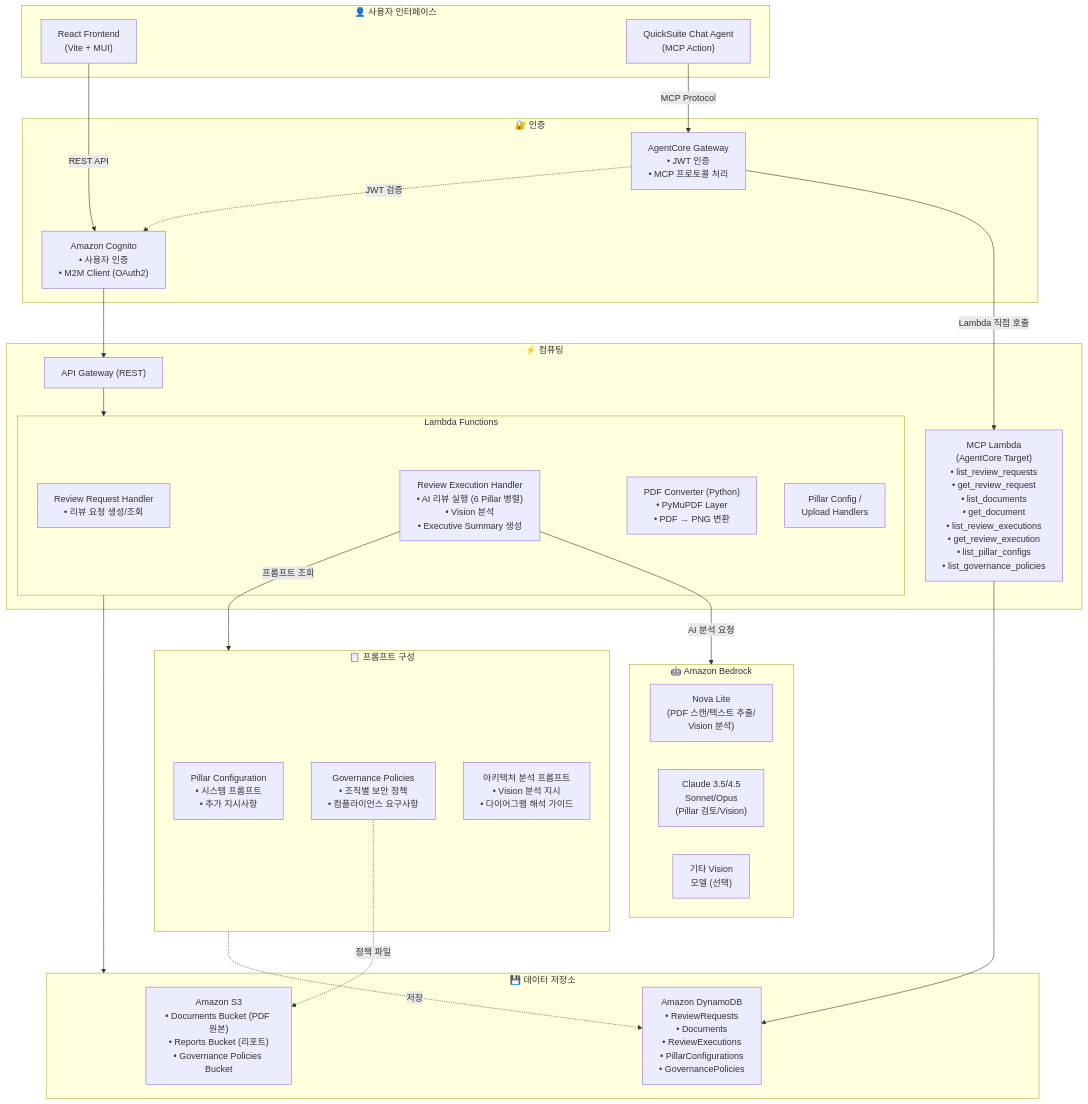
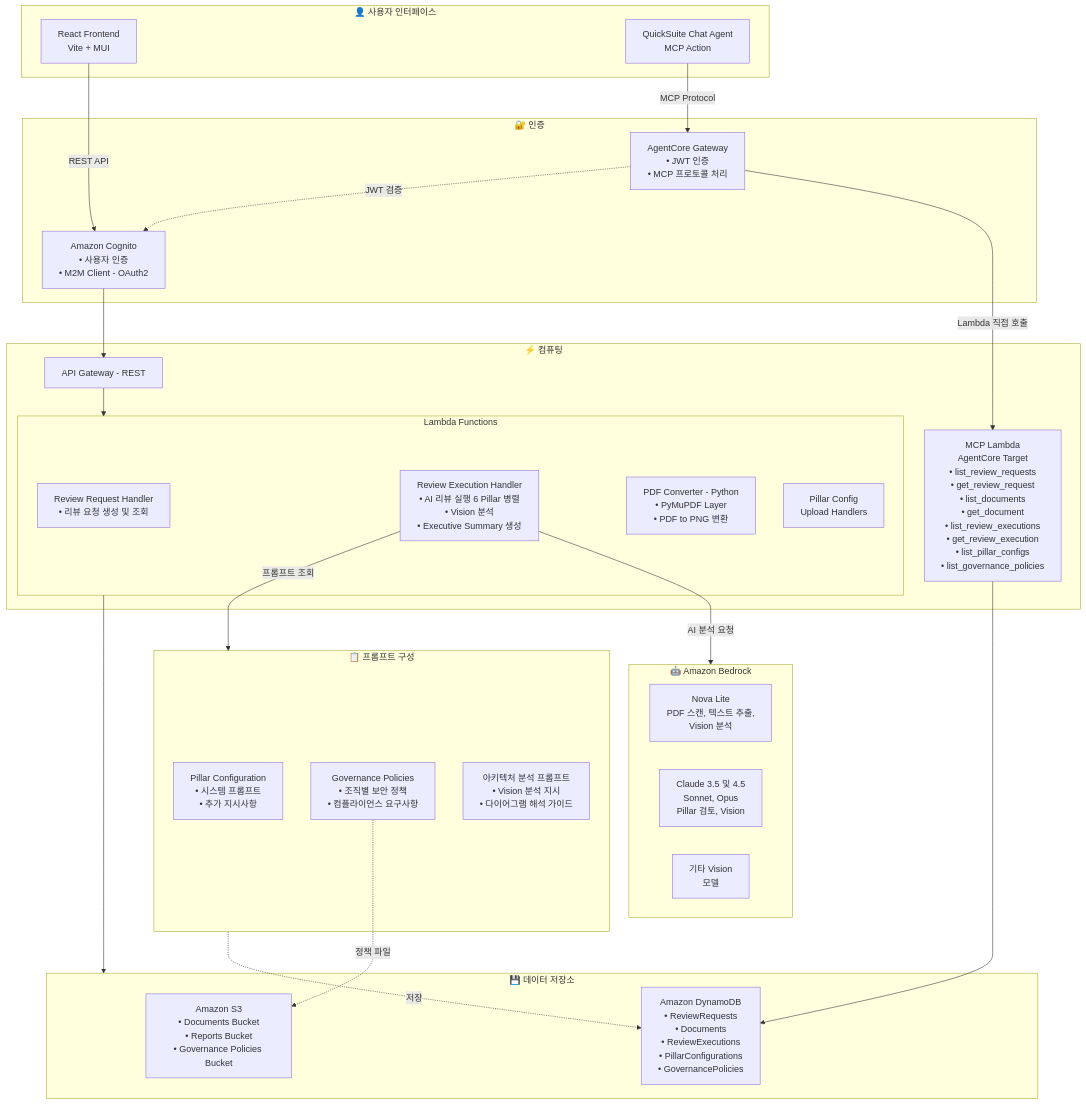
Before and after one commit to ironpe/well-architected-review-using-bedrock-with-quicksuite-chat-embeding: the diagram in README.md, drawn with Mermaid. The commit also changed 1 other file, not shown here.

Commit message:
fix: Remove special characters breaking Mermaid diagrams on GitHub
- Remove parentheses, slashes, and arrow symbols from Mermaid node text
- GitHub Mermaid renderer treats these as syntax tokens

````diff
--- a/README.md
+++ b/README.md
@@ -57,58 +57,58 @@
 ```mermaid
 flowchart TB
     subgraph UI["👤 사용자 인터페이스"]
-        Frontend["React Frontend<br/>(Vite + MUI)"]
-        ChatAgent["QuickSuite Chat Agent<br/>(MCP Action)"]
+        Frontend["React Frontend<br/>Vite + MUI"]
+        ChatAgent["QuickSuite Chat Agent<br/>MCP Action"]
     end
 
     subgraph Auth["🔐 인증"]
-        Cognito["Amazon Cognito<br/>• 사용자 인증<br/>• M2M Client (OAuth2)"]
+        Cognito["Amazon Cognito<br/>• 사용자 인증<br/>• M2M Client - OAuth2"]
         AGW["AgentCore Gateway<br/>• JWT 인증<br/>• MCP 프로토콜 처리"]
     end
 
     subgraph Compute["⚡ 컴퓨팅"]
-        APIGW["API Gateway (REST)"]
+        APIGW["API Gateway - REST"]
         
         subgraph Lambda["Lambda Functions"]
-            ReviewHandler["Review Request Handler<br/>• 리뷰 요청 생성/조회"]
-            ExecHandler["Review Execution Handler<br/>• AI 리뷰 실행 (6 Pillar 병렬)<br/>• Vision 분석<br/>• Executive Summary 생성"]
-            PDFConverter["PDF Converter (Python)<br/>• PyMuPDF Layer<br/>• PDF → PNG 변환"]
-            OtherHandlers["Pillar Config /<br/>Upload Handlers"]
+            ReviewHandler["Review Request Handler<br/>• 리뷰 요청 생성 및 조회"]
+            ExecHandler["Review Execution Handler<br/>• AI 리뷰 실행 6 Pillar 병렬<br/>• Vision 분석<br/>• Executive Summary 생성"]
+            PDFConverter["PDF Converter - Python<br/>• PyMuPDF Layer<br/>• PDF to PNG 변환"]
+            OtherHandlers["Pillar Config<br/>Upload Handlers"]
         end
         
-        MCPLambda["MCP Lambda<br/>(AgentCore Target)<br/>• list_review_requests<br/>• get_review_request<br/>• list_documents<br/>• get_document<br/>• list_review_executions<br/>• get_review_execution<br/>• list_pillar_configs<br/>• list_governance_policies"]
+        MCPLambda["MCP Lambda<br/>AgentCore Target<br/>• list_review_requests<br/>• get_review_request<br/>• list_documents<br/>• get_document<br/>• list_review_executions<br/>• get_review_execution<br/>• list_pillar_configs<br/>• list_governance_policies"]
     end
 
     subgraph Prompts["📋 프롬프트 구성"]
         PillarConfig["Pillar Configuration<br/>• 시스템 프롬프트<br/>• 추가 지시사항"]
         Governance["Governance Policies<br/>• 조직별 보안 정책<br/>• 컴플라이언스 요구사항"]
         DiagramPrompt["아키텍처 분석 프롬프트<br/>• Vision 분석 지시<br/>• 다이어그램 해석 가이드"]
     end
 
     subgraph AI["🤖 Amazon Bedrock"]
-        Nova["Nova Lite<br/>(PDF 스캔/텍스트 추출/<br/>Vision 분석)"]
-        Claude["Claude 3.5/4.5<br/>Sonnet/Opus<br/>(Pillar 검토/Vision)"]
-        Other["기타 Vision<br/>모델 (선택)"]
+        Nova["Nova Lite<br/>PDF 스캔, 텍스트 추출,<br/>Vision 분석"]
+        Claude["Claude 3.5 및 4.5<br/>Sonnet, Opus<br/>Pillar 검토, Vision"]
+        Other["기타 Vision<br/>모델"]
     end
 
     subgraph Storage["💾 데이터 저장소"]
-        S3["Amazon S3<br/>• Documents Bucket (PDF 원본)<br/>• Reports Bucket (리포트)<br/>• Governance Policies Bucket"]
+        S3["Amazon S3<br/>• Documents Bucket<br/>• Reports Bucket<br/>• Governance Policies Bucket"]
         DDB["Amazon DynamoDB<br/>• ReviewRequests<br/>• Documents<br/>• ReviewExecutions<br/>• PillarConfigurations<br/>• GovernancePolicies"]
     end
 
     Frontend -->|REST API| Cognito
     Cognito --> APIGW
     APIGW --> Lambda
     
     ChatAgent -->|MCP Protocol| AGW
     AGW -.->|JWT 검증| Cognito
     AGW -->|Lambda 직접 호출| MCPLambda
     
     ExecHandler -->|프롬프트 조회| Prompts
     Prompts -.->|저장| DDB
     Governance -.->|정책 파일| S3
     
     ExecHandler -->|AI 분석 요청| AI
     Lambda --> Storage
     MCPLambda --> DDB
 ```
````
